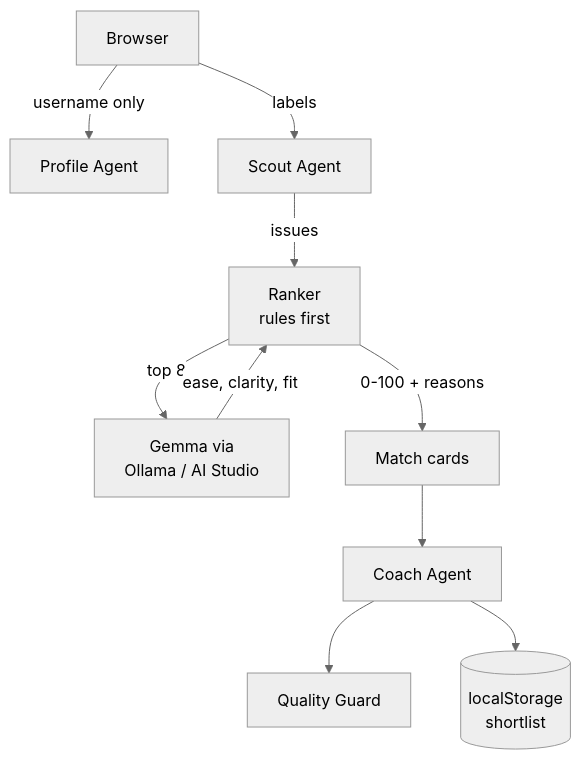
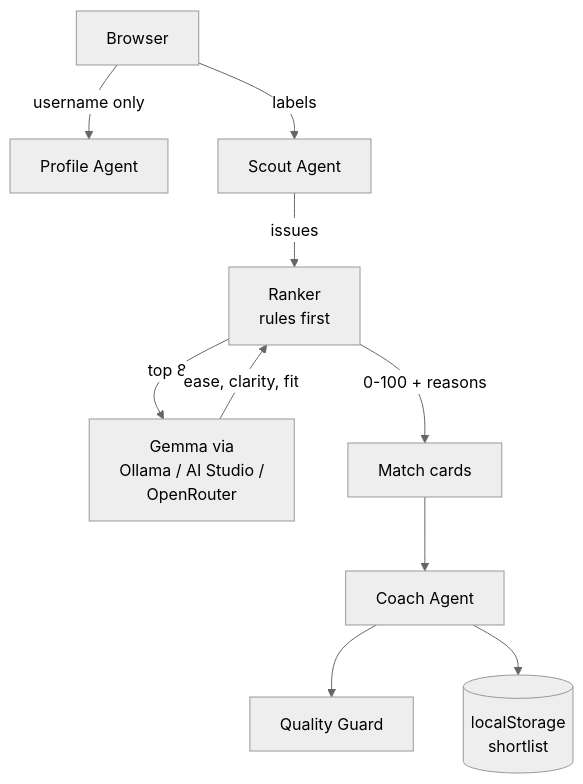
Before and after one commit to Tanmay-Tiwaricyber/contribmatch: the diagram in README.md, drawn with Mermaid (neutral theme). The commit also changed other lines of this file and 12 other files, not shown here.

Commit message:
Add OpenRouter and Groq as model providers: one OpenAI-compatible base, hosted Gemma via OpenRouter (free tier) and ultra-fast non-Gemma inference via Groq

````diff
--- a/README.md
+++ b/README.md
@@ -96,12 +96,12 @@
 ```mermaid
 flowchart TD
     U[Browser] -->|username only| P[Profile Agent]
     U -->|labels| S[Scout Agent]
     S -->|issues| R[Ranker<br/>rules first]
-    R -->|top 8| M[Gemma via<br/>Ollama / AI Studio]
+    R -->|top 8| M[Gemma via<br/>Ollama / AI Studio /<br/>OpenRouter]
     M -->|ease, clarity, fit| R
     R -->|0-100 + reasons| C[Match cards]
     C --> G[Coach Agent]
     G --> Q[Quality Guard]
     G --> L[(localStorage<br/>shortlist)]
 ```
````
